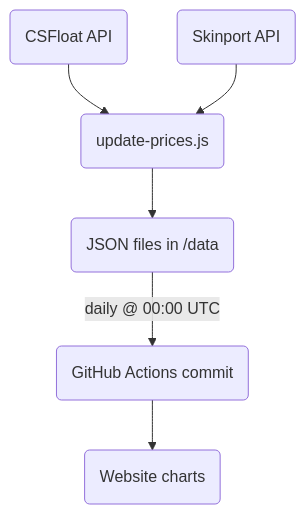
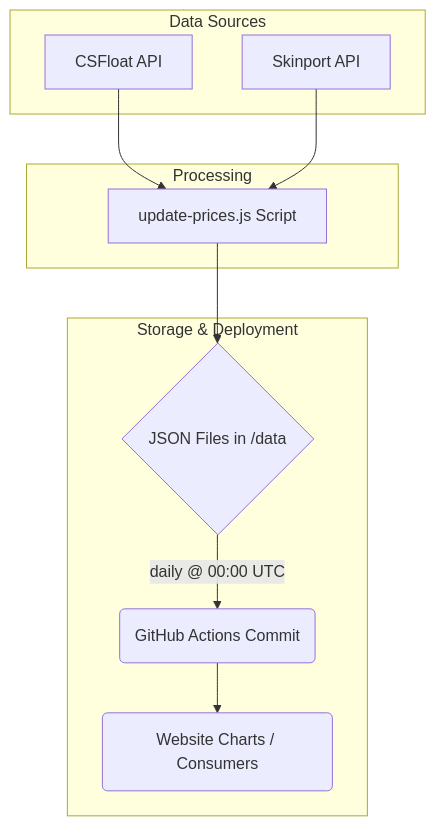
The third of 3 diagrams in readme.md (JHVIW/jhviw.github.io), drawn with Mermaid before and after one commit. The commit also changed other lines of this file, not shown here.

````diff
--- a/readme.md
+++ b/readme.md
@@ -123,7 +149,23 @@
 ```mermaid
-flowchart TD
-    A(CSFloat API) & B(Skinport API) --> C(update-prices.js)
-    C --> D(JSON files in /data)
-    D -->|daily @ 00:00 UTC| E(GitHub Actions commit)
-    E --> F(Website charts)
+graph TD
+    subgraph Data Sources
+        A[CSFloat API]
+        B[Skinport API]
+    end
+
+    subgraph Processing
+        C[update-prices.js Script]
+    end
+
+    subgraph Storage & Deployment
+        D{JSON Files in /data}
+        E(GitHub Actions Commit)
+        F(Website Charts / Consumers)
+    end
+
+    A --> C
+    B --> C
+    C --> D
+    D -- daily @ 00:00 UTC --> E
+    E --> F
 ```
````
